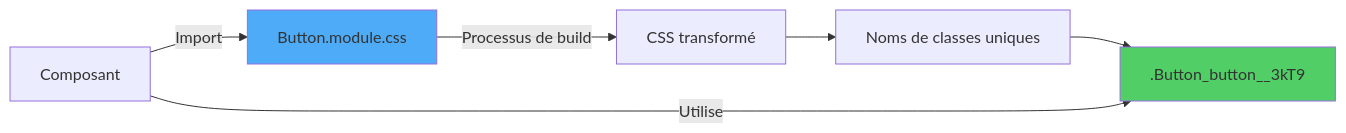
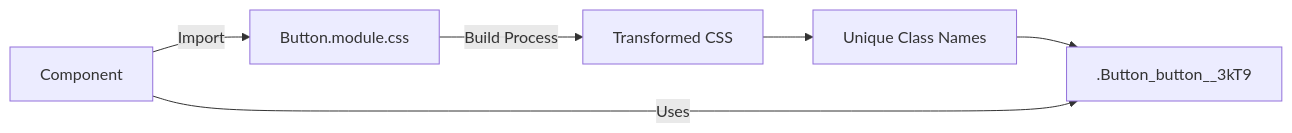
Before and after one commit to BabaScience/react-guides: the second of 6 diagrams in arguments/chapters/fr/04-react-styling.md, drawn with Mermaid. The commit also changed other lines of this file and 29 other files, not shown here.

First line of the commit message:
Bring React FR/IT translations to full English parity + theme-safe diagrams

````diff
--- a/arguments/chapters/fr/04-react-styling.md
+++ b/arguments/chapters/fr/04-react-styling.md
@@ -83,12 +368,10 @@
 ```mermaid
 graph LR
-    A[Button.module.css] -->|Processus de build| B[CSS transformé]
-    B --> C[Noms de classes uniques]
+    A[Button.module.css] -->|Build Process| B[Transformed CSS]
+    B --> C[Unique Class Names]
     C --> D[.Button_button__3kT9]
     
-    E[Composant] -->|Import| A
-    E -->|Utilise| D
+    E[Component] -->|Import| A
+    E -->|Uses| D
     
-    style A fill:#4dabf7
-    style D fill:#51cf66
 ```
````
